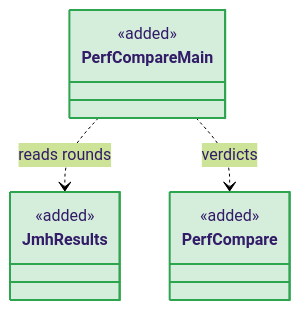
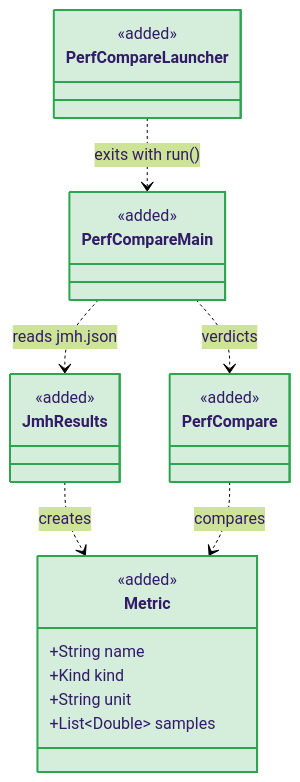
Before and after one commit to 4Source/scoreline-minecraft-mod: the ninth of 10 diagrams in design/plans/v0.2-protocol.md, drawn with Mermaid (forest theme). The commit also changed other lines of this file, not shown here.

````diff
--- a/design/plans/v0.2-protocol.md
+++ b/design/plans/v0.2-protocol.md
@@ -689,17 +849,32 @@
 ```mermaid
 classDiagram
     class JmhResults {
         <<added>>
     }
     class PerfCompare {
         <<added>>
     }
     class PerfCompareMain {
         <<added>>
     }
-    PerfCompareMain ..> JmhResults : reads rounds
+    class Metric {
+        <<added>>
+        +String name
+        +Kind kind
+        +String unit
+        +List~Double~ samples
+    }
+    class PerfCompareLauncher {
+        <<added>>
+    }
+    PerfCompareLauncher ..> PerfCompareMain : exits with run()
+    style PerfCompareLauncher fill:#2da44e33,stroke:#2da44e,stroke-width:2px
+    PerfCompareMain ..> JmhResults : reads jmh.json
     PerfCompareMain ..> PerfCompare : verdicts
+    JmhResults ..> Metric : creates
+    PerfCompare ..> Metric : compares
     style JmhResults fill:#2da44e33,stroke:#2da44e,stroke-width:2px
+    style Metric fill:#2da44e33,stroke:#2da44e,stroke-width:2px
     style PerfCompare fill:#2da44e33,stroke:#2da44e,stroke-width:2px
     style PerfCompareMain fill:#2da44e33,stroke:#2da44e,stroke-width:2px
 ```
````
